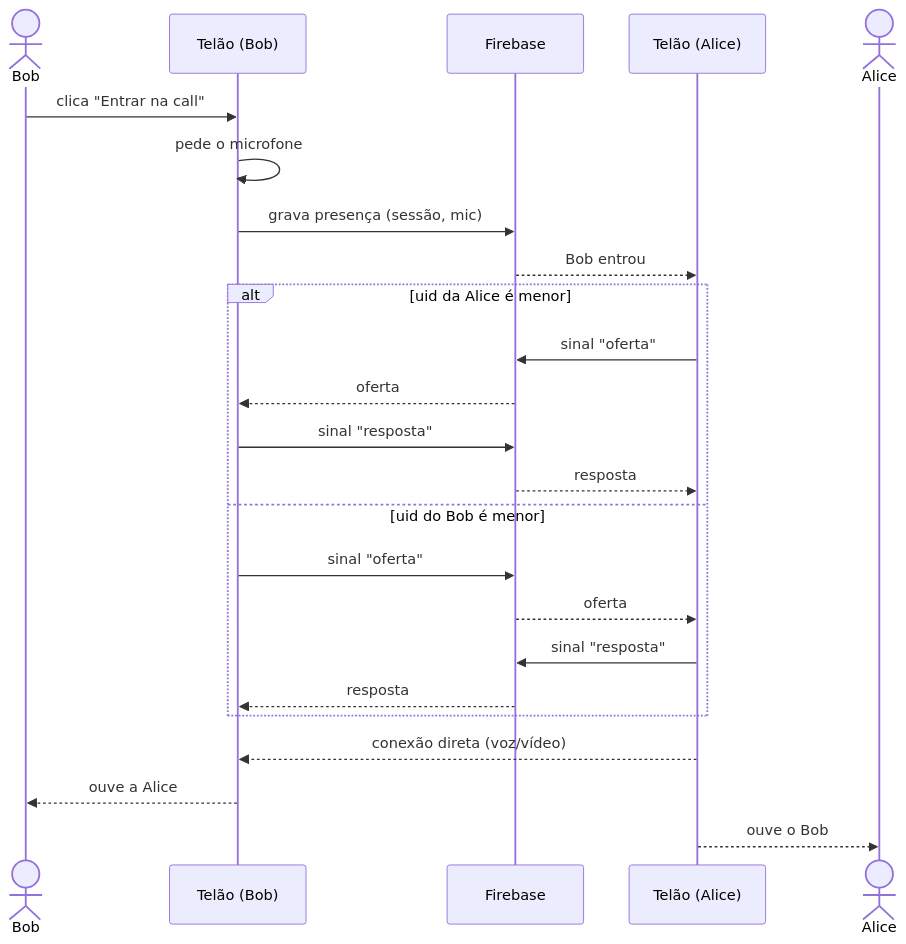
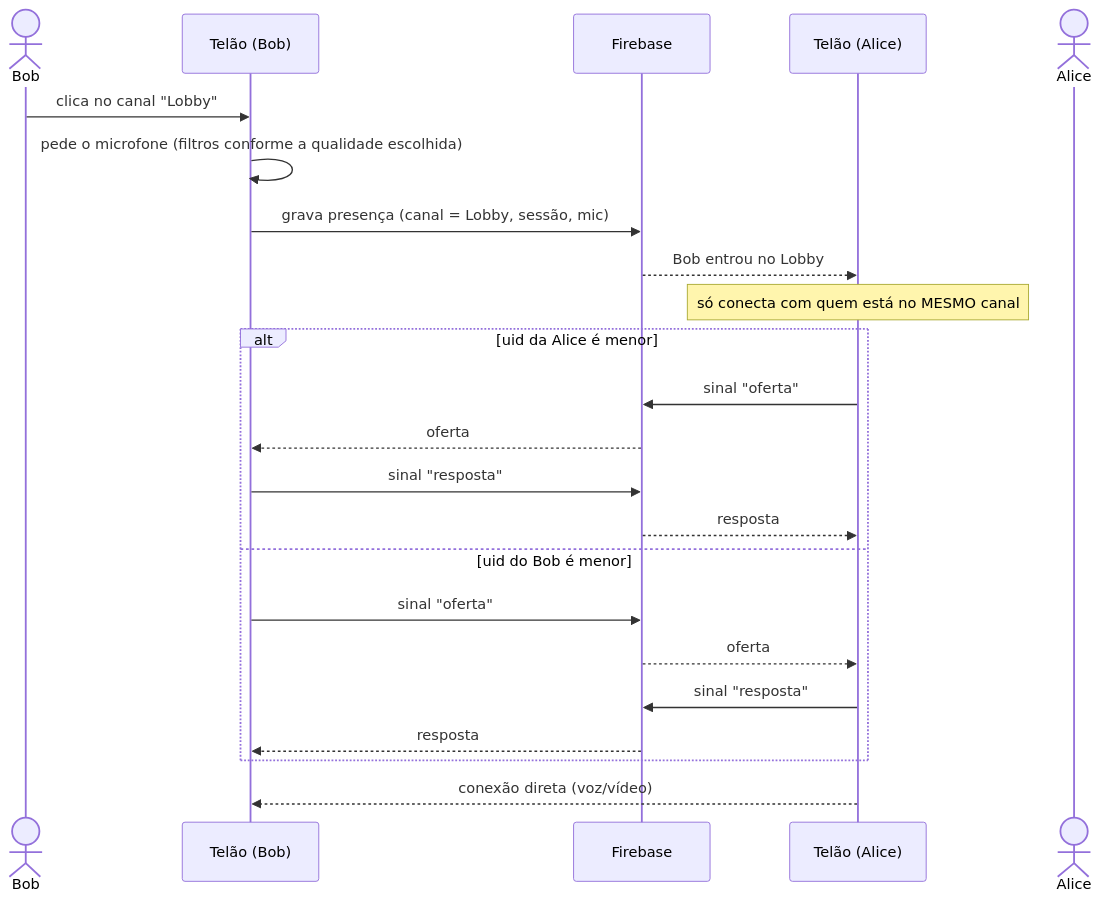
One commit to davimj1/telaobr changed the third of 4 diagrams in docs/requisitos.md. Above: the diagram before and after it, drawn with Mermaid. The commit also changed other lines of this file and 21 other files, not shown here.

````diff
--- a/docs/requisitos.md
+++ b/docs/requisitos.md
@@ -185,27 +307,26 @@
 ```mermaid
 sequenceDiagram
   actor Bob
   participant SiteBob as Telão (Bob)
   participant FB as Firebase
   participant SiteAlice as Telão (Alice)
   actor Alice
 
-  Bob->>SiteBob: clica "Entrar na call"
-  SiteBob->>SiteBob: pede o microfone
-  SiteBob->>FB: grava presença (sessão, mic)
-  FB-->>SiteAlice: Bob entrou
+  Bob->>SiteBob: clica no canal "Lobby"
+  SiteBob->>SiteBob: pede o microfone (filtros conforme a qualidade escolhida)
+  SiteBob->>FB: grava presença (canal = Lobby, sessão, mic)
+  FB-->>SiteAlice: Bob entrou no Lobby
+  Note over SiteAlice: só conecta com quem está no MESMO canal
   alt uid da Alice é menor
     SiteAlice->>FB: sinal "oferta"
     FB-->>SiteBob: oferta
     SiteBob->>FB: sinal "resposta"
     FB-->>SiteAlice: resposta
   else uid do Bob é menor
     SiteBob->>FB: sinal "oferta"
     FB-->>SiteAlice: oferta
     SiteAlice->>FB: sinal "resposta"
     FB-->>SiteBob: resposta
   end
   SiteAlice-->>SiteBob: conexão direta (voz/vídeo)
-  SiteBob-->>Bob: ouve a Alice
-  SiteAlice-->>Alice: ouve o Bob
 ```
````
